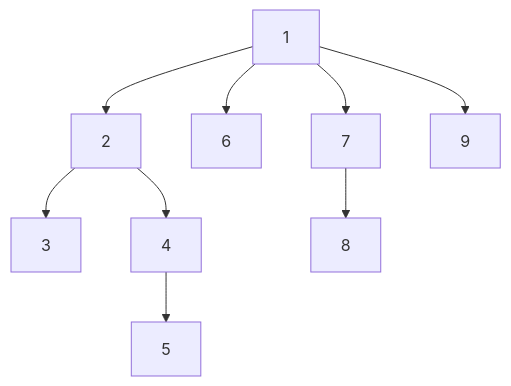
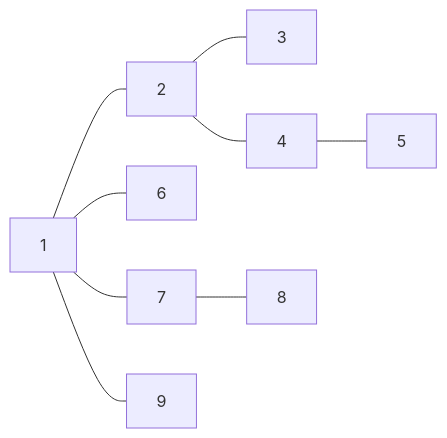
Before and after one commit to ilksh/Algorithm-template: the diagram in Python/BFS/Search order.md, drawn with Mermaid.

Commit message:
Update Search order.md

````diff
--- a/Python/BFS/Search order.md
+++ b/Python/BFS/Search order.md
@@ -1,12 +1,12 @@
  ```mermaid
-graph TD;
-    1-->2;
-    1-->6;
-    1-->7;
-    1-->9;
-    2-->3;
-    2-->4;
-    4-->5;
-    7-->8;
+graph LR;
+    1---2;
+    1---6;
+    1---7;
+    1---9;
+    2---3;
+    2---4;
+    4---5;
+    7---8;
  
 ```
````
